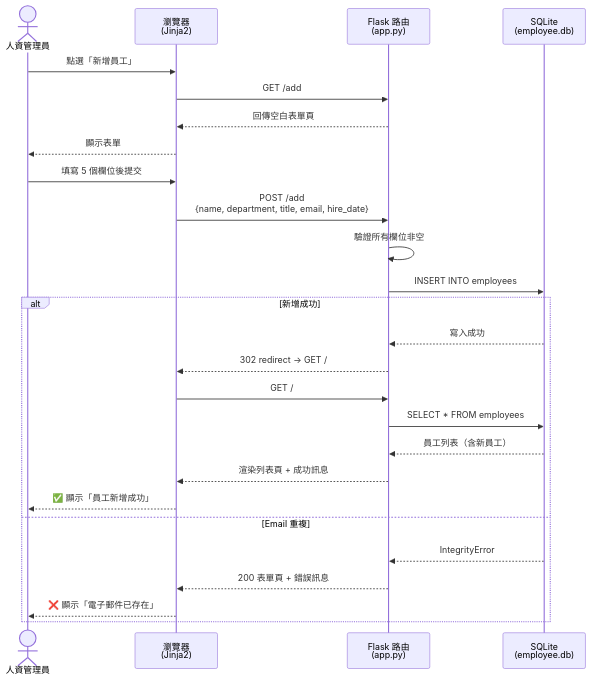
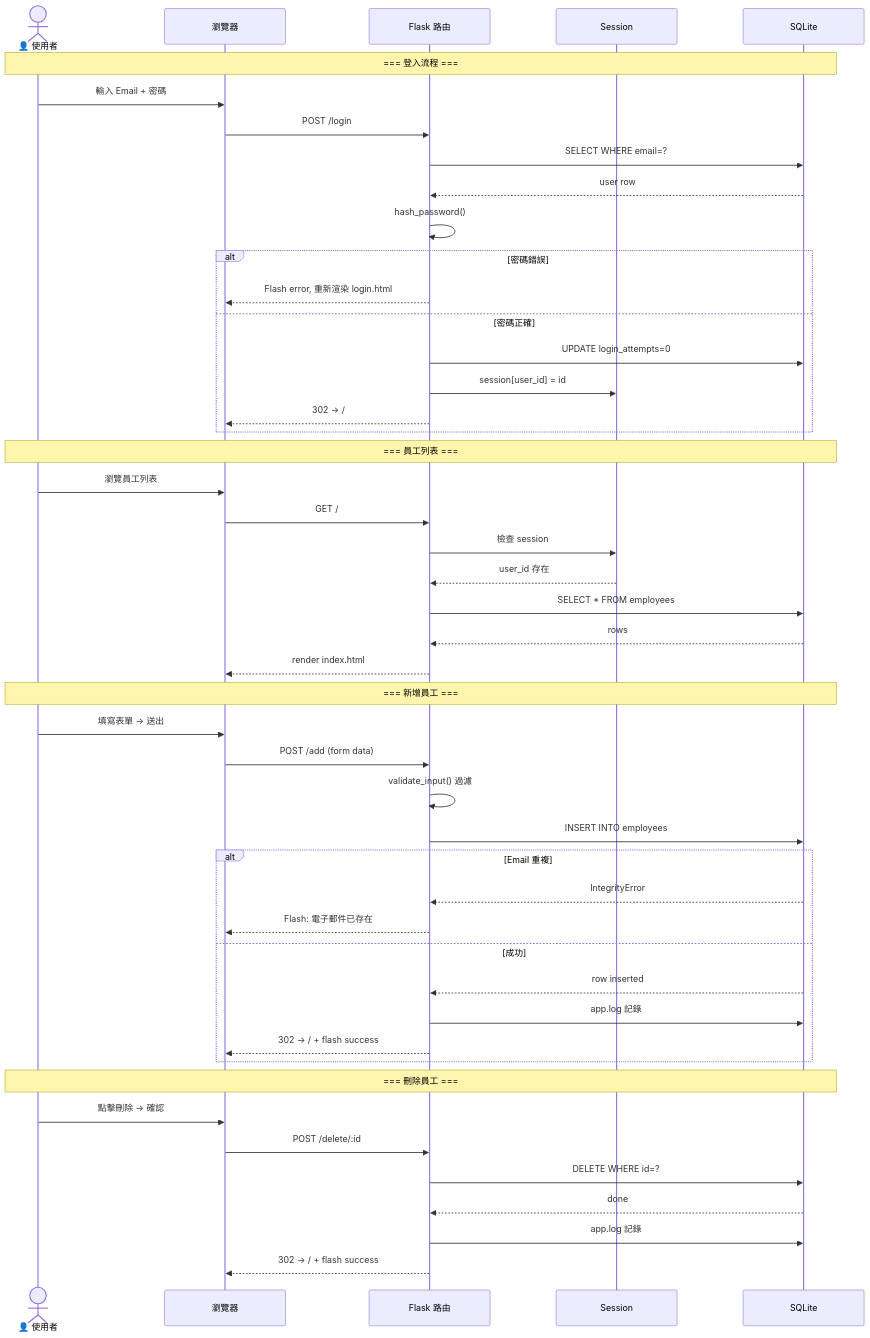
One commit to JengFeng/SSDLC-Skill changed the diagram in demo_project/02_system_design/outputs/sequence_diagram.md. Above: the diagram before and after it, drawn with Mermaid. The commit also changed other lines of this file and 66 other files, not shown here.

````diff
--- a/demo_project/02_system_design/outputs/sequence_diagram.md
+++ b/demo_project/02_system_design/outputs/sequence_diagram.md
@@ -5,32 +5,54 @@
 ```mermaid
+%%{init: {"sequence": {"width": 220, "actorMargin": 120, "messageMargin": 50, "boxMargin": 15}, "themeVariables": {"fontSize": "17px"}}}%%
 sequenceDiagram
-    actor HR as 人資管理員
-    participant B as 瀏覽器<br/>(Jinja2)
-    participant F as Flask 路由<br/>(app.py)
-    participant D as SQLite<br/>(employee.db)
+    actor U as 👤 使用者
+    participant B as 瀏覽器
+    participant F as Flask 路由
+    participant S as Session
+    participant D as SQLite
 
-    HR->>B: 點選「新增員工」
-    B->>F: GET /add
-    F-->>B: 回傳空白表單頁
-    B-->>HR: 顯示表單
+    Note over U,D: === 登入流程 ===
+    U->>B: 輸入 Email + 密碼
+    B->>F: POST /login
+    F->>D: SELECT WHERE email=?
+    D-->>F: user row
+    F->>F: hash_password()
+    alt 密碼錯誤
+        F-->>B: Flash error, 重新渲染 login.html
+    else 密碼正確
+        F->>D: UPDATE login_attempts=0
+        F->>S: session[user_id] = id
+        F-->>B: 302 → /
+    end
 
-    HR->>B: 填寫 5 個欄位後提交
-    B->>F: POST /add<br/>{name, department, title, email, hire_date}
+    Note over U,D: === 員工列表 ===
+    U->>B: 瀏覽員工列表
+    B->>F: GET /
+    F->>S: 檢查 session
+    S-->>F: user_id 存在
+    F->>D: SELECT * FROM employees
+    D-->>F: rows
+    F-->>B: render index.html
 
-    F->>F: 驗證所有欄位非空
+    Note over U,D: === 新增員工 ===
+    U->>B: 填寫表單 → 送出
+    B->>F: POST /add (form data)
+    F->>F: validate_input() 過濾
     F->>D: INSERT INTO employees
+    alt Email 重複
+        D-->>F: IntegrityError
+        F-->>B: Flash: 電子郵件已存在
+    else 成功
+        D-->>F: row inserted
+        F->>D: app.log 記錄
+        F-->>B: 302 → / + flash success
+    end
 
-    alt 新增成功
-        D-->>F: 寫入成功
-        F-->>B: 302 redirect → GET /
-        B->>F: GET /
-        F->>D: SELECT * FROM employees
-        D-->>F: 員工列表（含新員工）
-        F-->>B: 渲染列表頁 + 成功訊息
-        B-->>HR: ✅ 顯示「員工新增成功」
-    else Email 重複
-        D-->>F: IntegrityError
-        F-->>B: 200 表單頁 + 錯誤訊息
-        B-->>HR: ❌ 顯示「電子郵件已存在」
-    end
+    Note over U,D: === 刪除員工 ===
+    U->>B: 點擊刪除 → 確認
+    B->>F: POST /delete/:id
+    F->>D: DELETE WHERE id=?
+    D-->>F: done
+    F->>D: app.log 記錄
+    F-->>B: 302 → / + flash success
 ```
````
